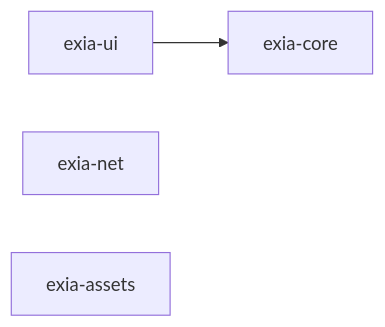
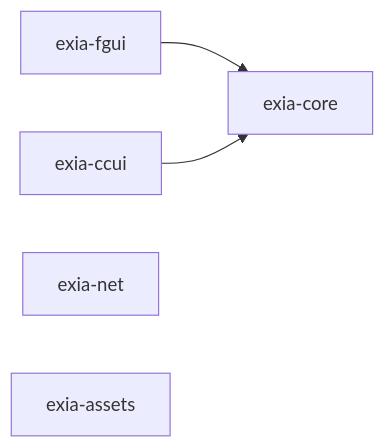
Before and after one commit to xiachenggang/exia-framework: the diagram in README.md, drawn with Mermaid. The commit also changed other lines of this file and 57 other files, not shown here.

````diff
--- a/README.md
+++ b/README.md
@@ -61,7 +62,8 @@
 ```mermaid
 graph LR
     Core[exia-core]
-    UI[exia-ui] --> Core
+    FGUI[exia-fgui] --> Core
+    CCUI[exia-ccui] --> Core
     Net[exia-net]
     Assets[exia-assets]
 ```
````
